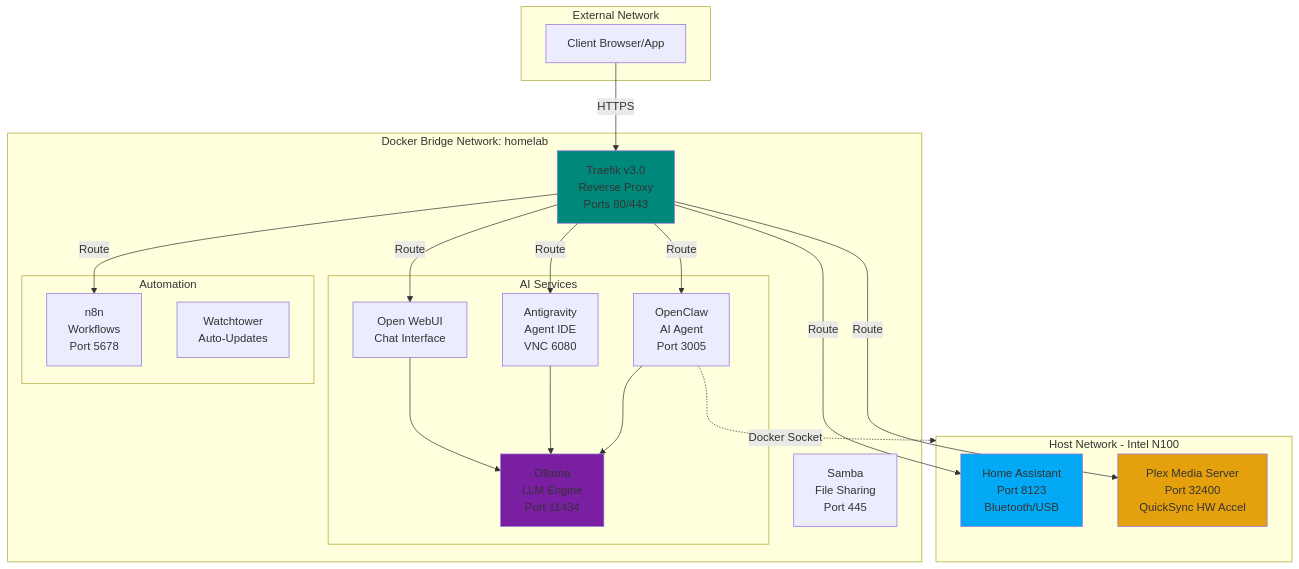
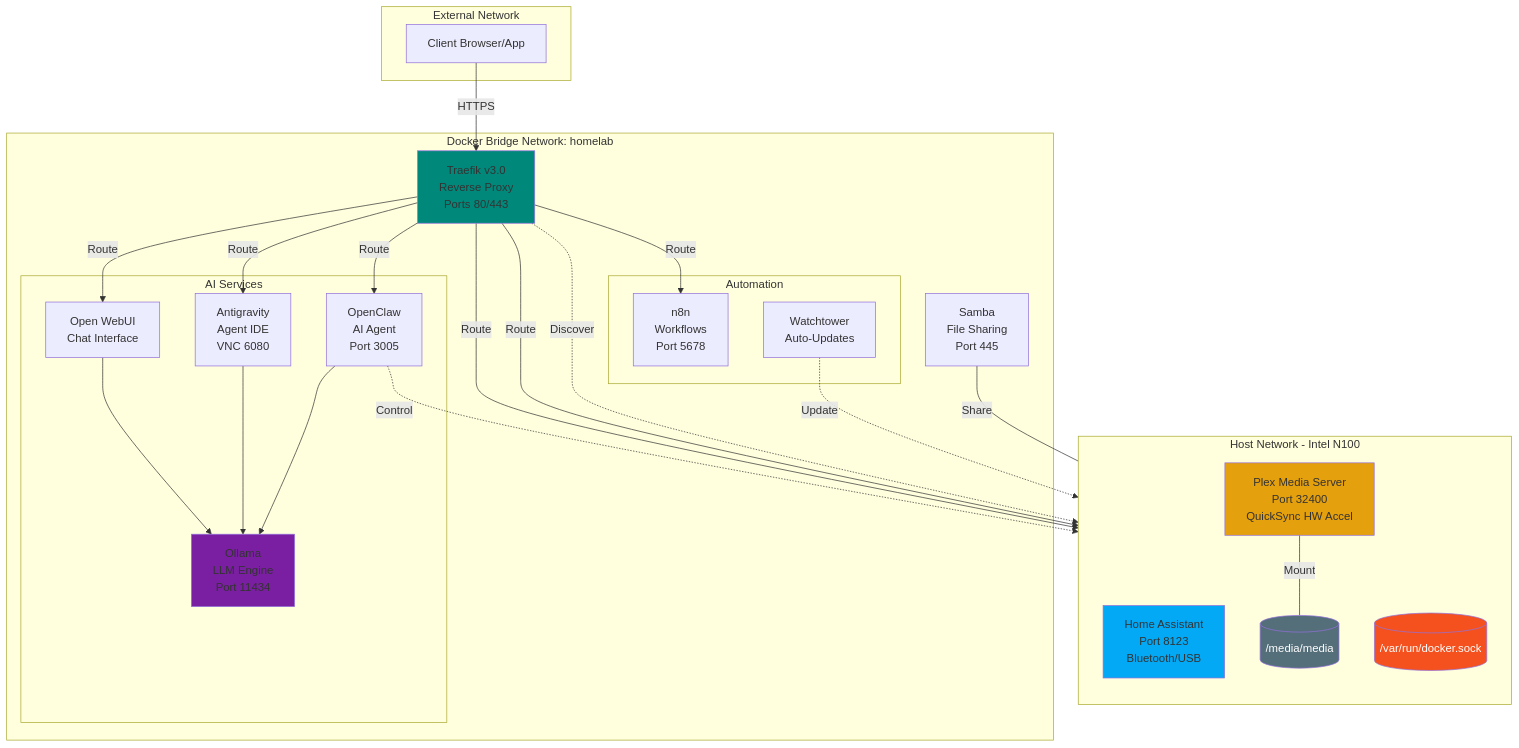
Before and after one commit to oweibor/homelab: the diagram in README.md, drawn with Mermaid. The commit also changed other lines of this file, not shown here.

Commit message:
docs: finalize DNS instructions and complete architectural diagram integration

````diff
--- a/README.md
+++ b/README.md
@@ -161,47 +161,59 @@
 ```mermaid
 graph TB
     subgraph Internet[External Network]
         User[Client Browser/App]
     end
 
     subgraph HostNet[Host Network - Intel N100]
+        direction TB
         HA[Home Assistant<br/>Port 8123<br/>Bluetooth/USB]
         Plex[Plex Media Server<br/>Port 32400<br/>QuickSync HW Accel]
+        DockerSock[("/var/run/docker.sock")]
+        MediaData[("/media/media")]
     end
 
     subgraph DockerBridge[Docker Bridge Network: homelab]
         Traefik[Traefik v3.0<br/>Reverse Proxy<br/>Ports 80/443]
         
         subgraph AIStack[AI Services]
             Ollama[Ollama<br/>LLM Engine<br/>Port 11434]
             WebUI[Open WebUI<br/>Chat Interface]
             Antigravity[Antigravity<br/>Agent IDE<br/>VNC 6080]
             OpenClaw[OpenClaw<br/>AI Agent<br/>Port 3005]
         end
         
         subgraph AutoStack[Automation]
             n8n[n8n<br/>Workflows<br/>Port 5678]
             Watchtower[Watchtower<br/>Auto-Updates]
         end
         
         Samba[Samba<br/>File Sharing<br/>Port 445]
     end
 
     User -->|HTTPS| Traefik
     Traefik -->|Route| WebUI
     Traefik -->|Route| HA
     Traefik -->|Route| Plex
     Traefik -->|Route| n8n
     Traefik -->|Route| Antigravity
     Traefik -->|Route| OpenClaw
 
     WebUI --> Ollama
     Antigravity --> Ollama
     OpenClaw --> Ollama
-    OpenClaw -.->|Docker Socket| HostNet
+    
+    %% System Integrations
+    OpenClaw -.->|Control| DockerSock
+    Traefik -.->|Discover| DockerSock
+    Watchtower -.->|Update| DockerSock
+    
+    Plex ---|Mount| MediaData
+    Samba ---|Share| MediaData
 
     style Traefik fill:#00897B
     style Ollama fill:#7B1FA2
     style HA fill:#03A9F4
     style Plex fill:#E5A00D
+    style MediaData fill:#546E7A,color:#fff
+    style DockerSock fill:#F4511E,color:#fff
 ```
````
